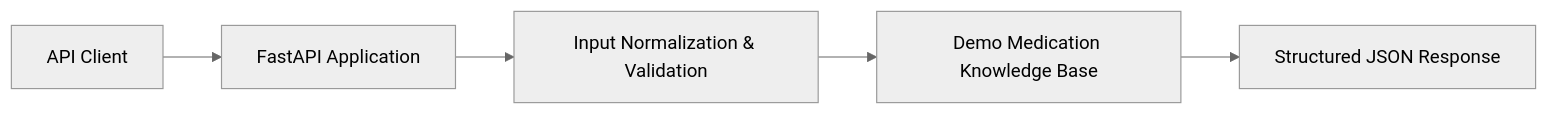
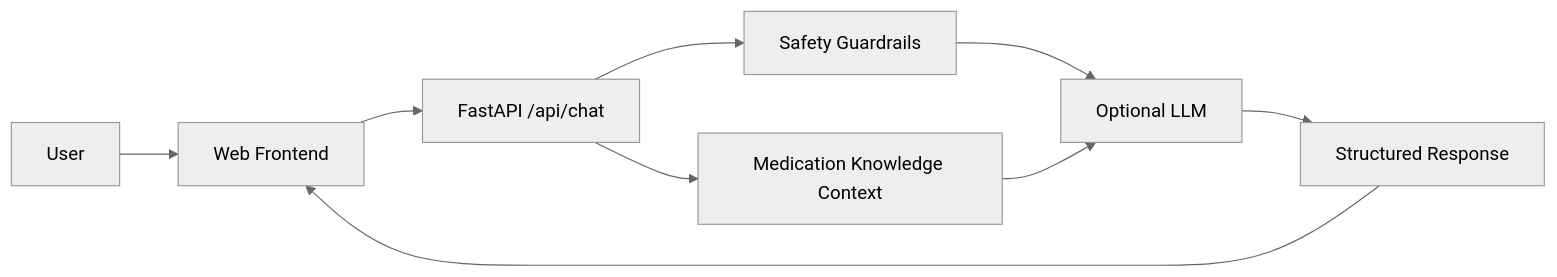
Before and after one commit to Nomaan-n/AI-pharmacy-assistant: the diagram in README.md, drawn with Mermaid (neutral theme). The commit also changed other lines of this file and 12 other files, not shown here.

````diff
--- a/README.md
+++ b/README.md
@@ -94,7 +19,11 @@
 ```mermaid
 flowchart LR
-    Client[API Client] --> FastAPI[FastAPI Application]
-    FastAPI --> Validation[Input Normalization & Validation]
-    Validation --> KB[Demo Medication Knowledge Base]
-    KB --> Response[Structured JSON Response]
+  U[User] --> F[Web Frontend]
+  F --> A[FastAPI /api/chat]
+  A --> S[Safety Guardrails]
+  A --> K[Medication Knowledge Context]
+  S --> L[Optional LLM]
+  K --> L
+  L --> R[Structured Response]
+  R --> F
 ```
````
